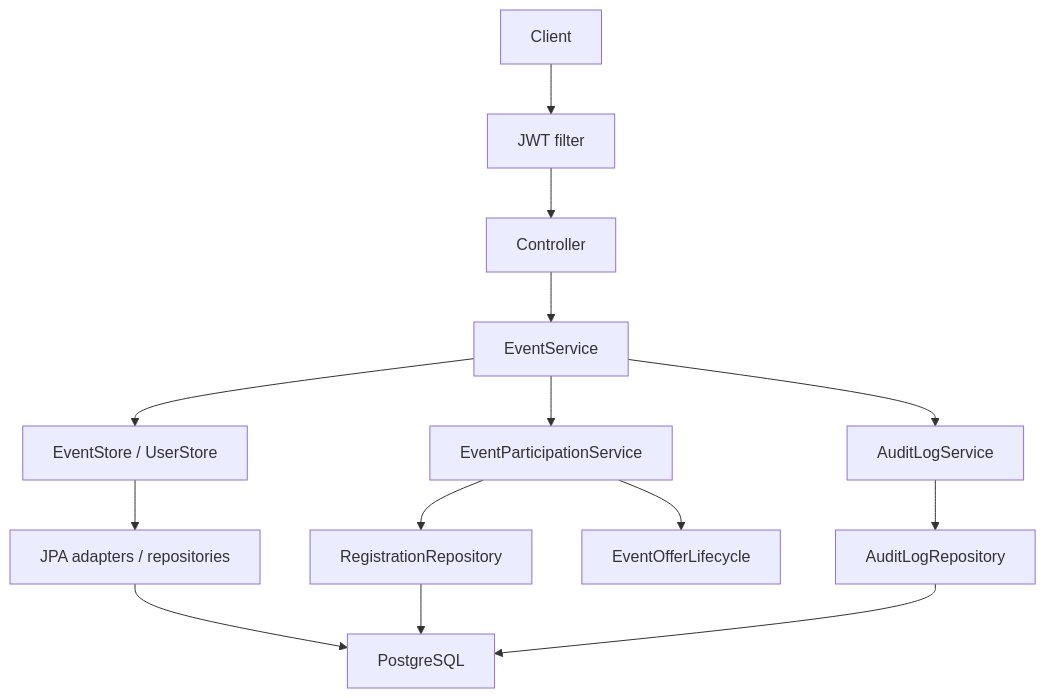
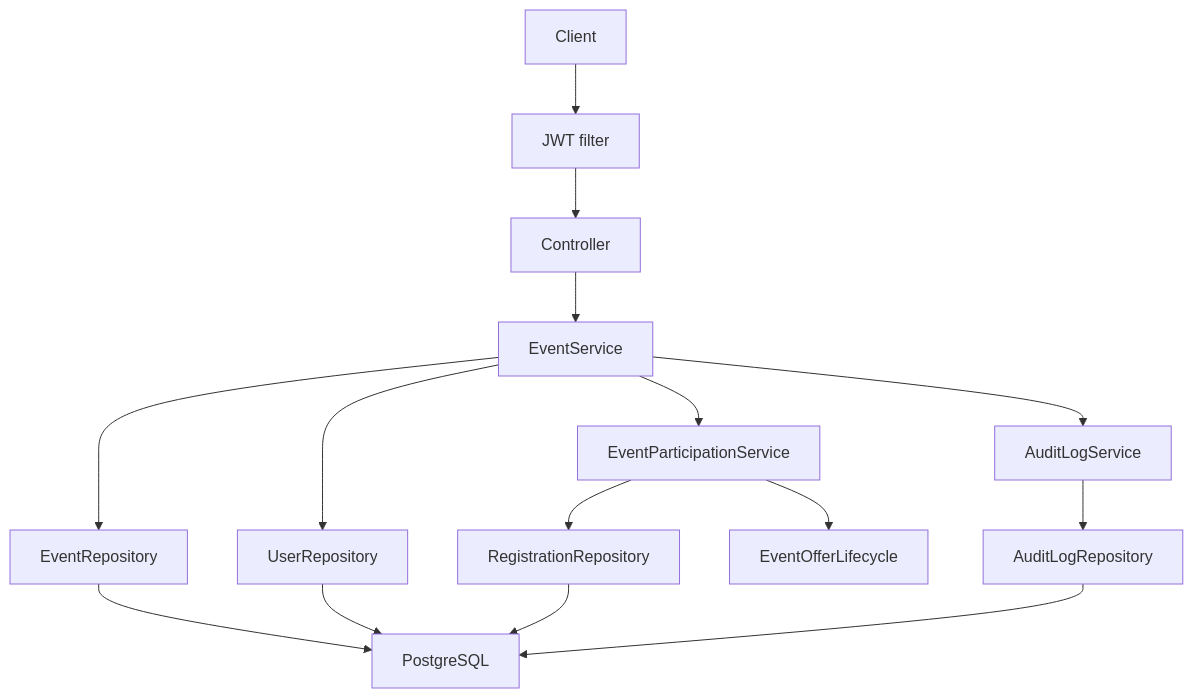
The diagram in docs/architecture.md (ghoulixia/event-registration), drawn with Mermaid before and after one commit. The commit also changed other lines of this file and 2 other files, not shown here.

First line of the commit message:
docs: align event and waitlist contracts with current behavior

````diff
--- a/docs/architecture.md
+++ b/docs/architecture.md
@@ -6,16 +6,17 @@
 ```mermaid
 flowchart TD
   Client --> Filter[JWT filter]
   Filter --> Controller
   Controller --> EventService
-  EventService --> EventStore[EventStore / UserStore]
-  EventStore --> Adapter[JPA adapters / repositories]
+  EventService --> EventRepository
+  EventService --> UserRepository
   EventService --> Participation[EventParticipationService]
   Participation --> RegistrationRepository
   Participation --> OfferContract[EventOfferLifecycle]
   EventService --> AuditLogService
   AuditLogService --> AuditLogRepository
-  Adapter --> PostgreSQL
+  EventRepository --> PostgreSQL
+  UserRepository --> PostgreSQL
   RegistrationRepository --> PostgreSQL
   AuditLogRepository --> PostgreSQL
 ```
````
